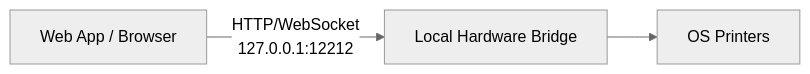
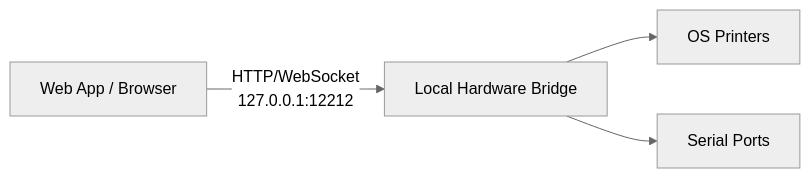
Before and after one commit to AugustinLR17/local-hardware-bridge: the first of 3 diagrams in README.md, drawn with Mermaid (neutral theme). The commit also changed other lines of this file and 7 other files, not shown here.

````diff
--- a/README.md
+++ b/README.md
@@ -55,8 +55,10 @@
 ```mermaid
 graph LR
     Browser[Web App / Browser]
     LHB[Local Hardware Bridge]
     Printers[OS Printers]
+    Serial[Serial Ports]
     Browser -- HTTP/WebSocket<br/>127.0.0.1:12212 --> LHB
     LHB --> Printers
+    LHB --> Serial
 ```
````
